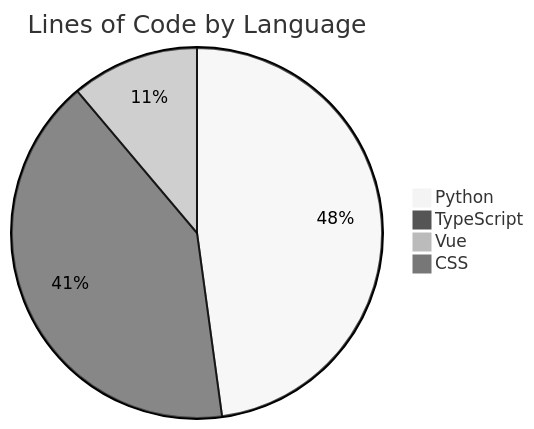
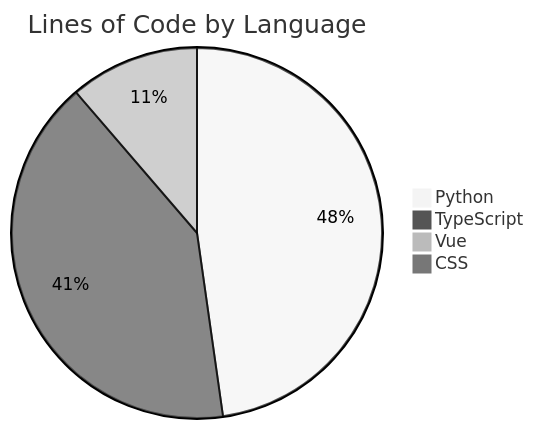
One commit to ISW-stack/AI3L-Community changed the diagram in README.md. Above: the diagram before and after it, drawn with Mermaid (neutral theme). The commit also changed other lines of this file and 1 other file, not shown here.

````diff
--- a/README.md
+++ b/README.md
@@ -364,7 +364,7 @@
 ```mermaid
 pie title Lines of Code by Language
-    "Python" : 98447
-    "TypeScript" : 84397
-    "Vue" : 22955
+    "Python" : 98440
+    "TypeScript" : 84386
+    "Vue" : 23299
     "CSS" : 126
 ```
````
